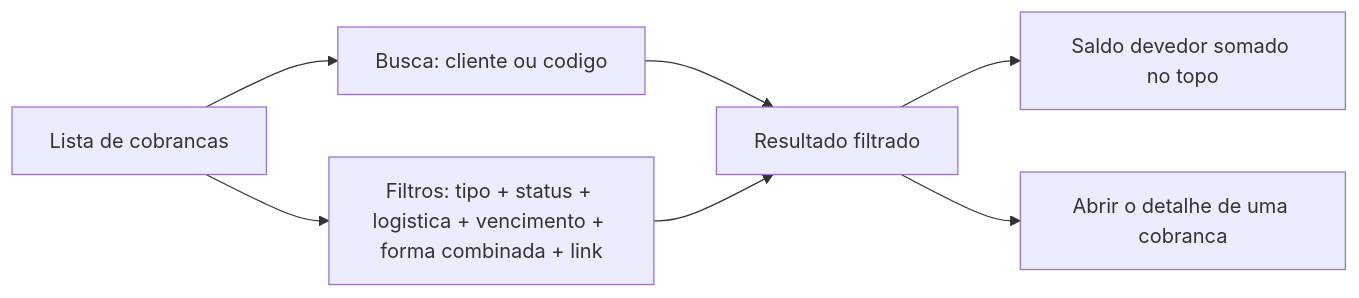
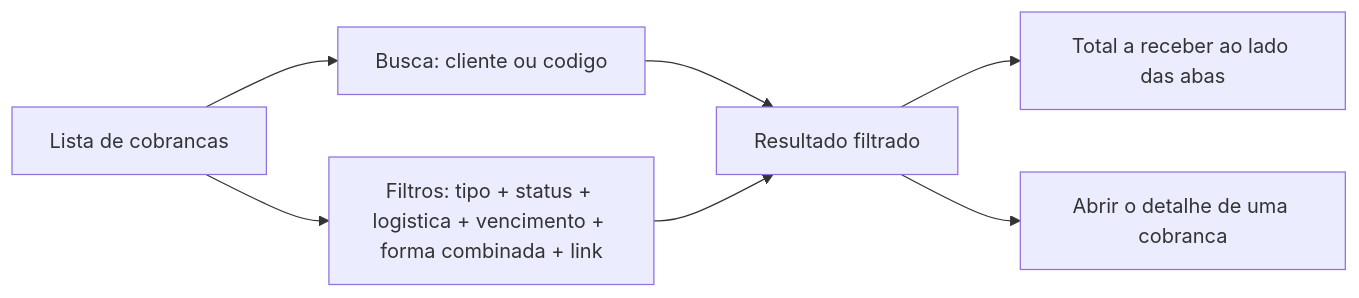
Before and after one commit to LocFlowTeam/locflow-docs: the diagram in cobranca/lista-de-cobrancas.md, drawn with Mermaid. The commit also changed other lines of this file and 3 other files, not shown here.

First line of the commit message:
docs: Cobranças com abas e total a receber, Funções e permissões pelo menu Mais, Catálogo sem botões na lista (3.18.0)

````diff
--- a/cobranca/lista-de-cobrancas.md
+++ b/cobranca/lista-de-cobrancas.md
@@ -126,9 +129,9 @@
 ```mermaid
 flowchart LR
     L[Lista de cobrancas] --> B[Busca: cliente ou codigo]
     L --> F[Filtros: tipo + status + logistica + vencimento + forma combinada + link]
     B --> R[Resultado filtrado]
     F --> R
-    R --> S[Saldo devedor somado no topo]
+    R --> S[Total a receber ao lado das abas]
     R --> D[Abrir o detalhe de uma cobranca]
 ```
````
